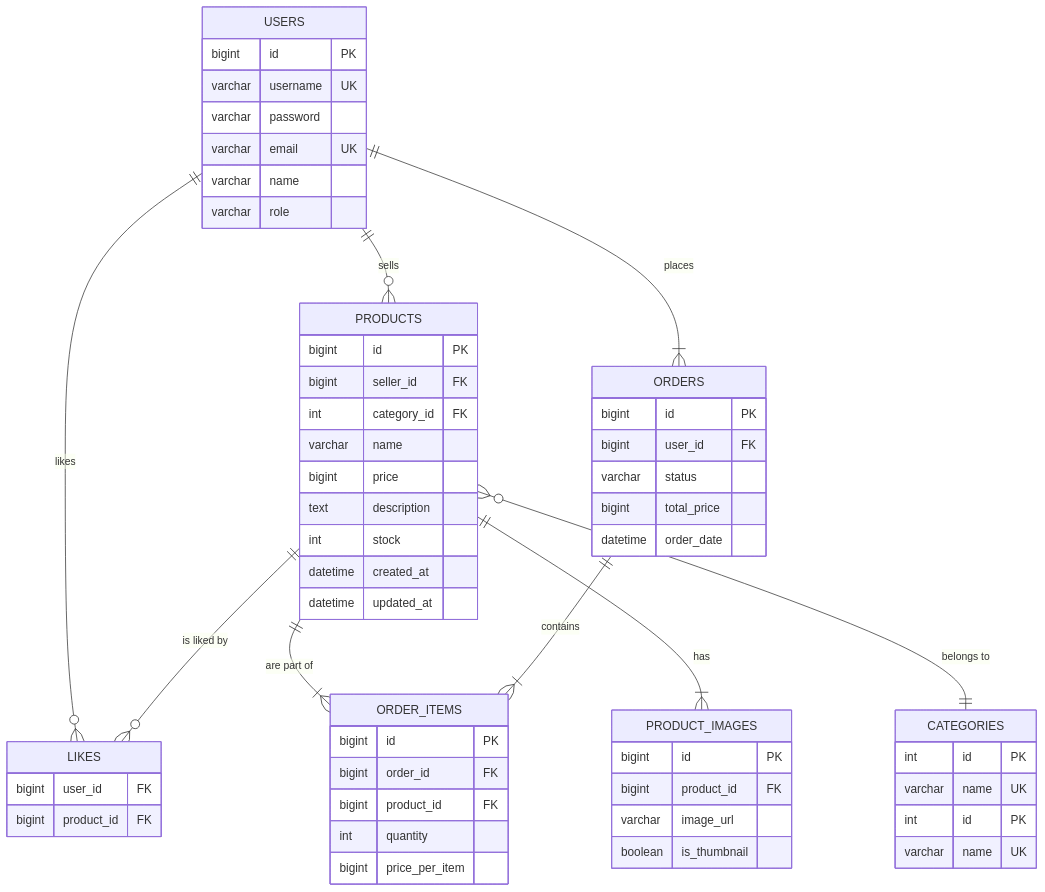
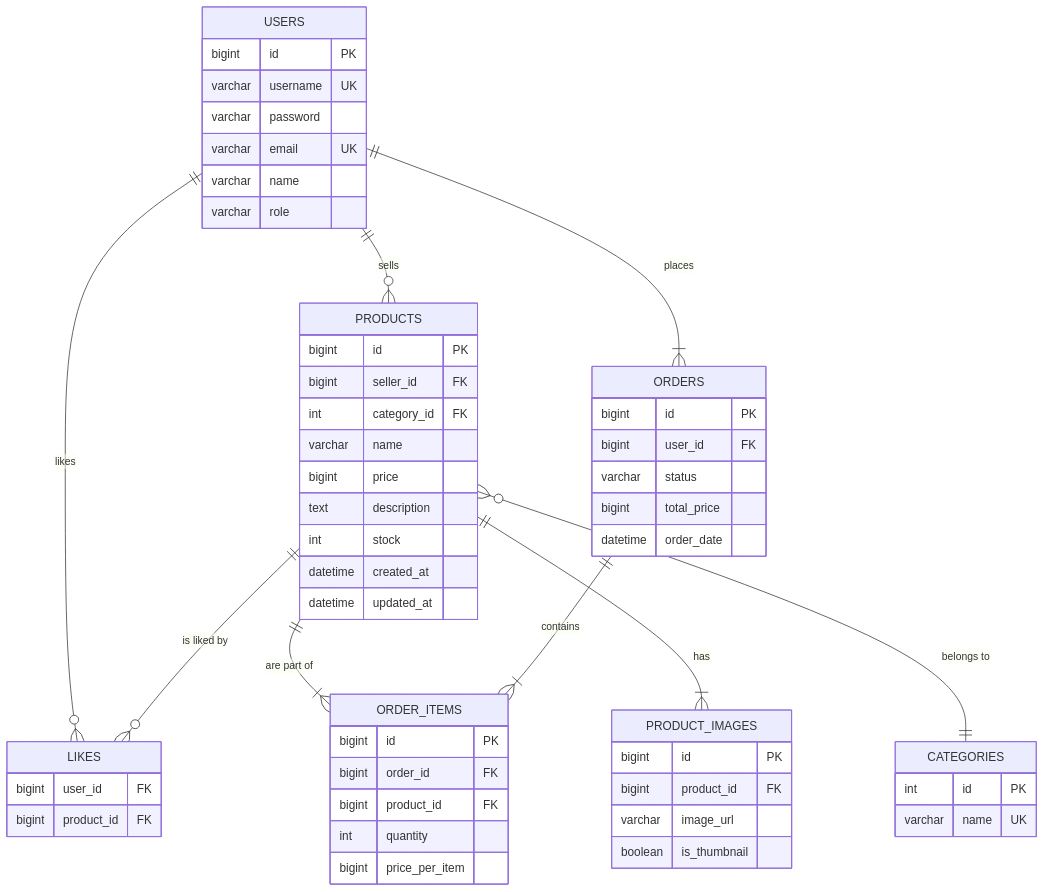
Before and after one commit to JeiYoungByun/coretrader: the diagram in README.md, drawn with Mermaid.

````diff
--- a/README.md
+++ b/README.md
@@ -5,70 +5,66 @@
 ```mermaid
 erDiagram
     USERS ||--o{ PRODUCTS : "sells"
     USERS ||--|{ ORDERS : "places"
     USERS ||--o{ LIKES : "likes"
     PRODUCTS ||--o{ LIKES : "is liked by"
     PRODUCTS ||--|{ ORDER_ITEMS : "are part of"
     PRODUCTS ||--|{ PRODUCT_IMAGES : "has"
-    CATEGORIES {
-        int id PK
-        varchar name UK
-    }
     PRODUCTS }o--|| CATEGORIES : "belongs to"
     ORDERS ||--|{ ORDER_ITEMS : "contains"
 
 
     USERS {
         bigint id PK
         varchar username UK
         varchar password
         varchar email UK
         varchar name
         varchar role
     }
 
     CATEGORIES {
         int id PK
         varchar name UK
     }
 
     PRODUCTS {
         bigint id PK
         bigint seller_id FK
         int category_id FK
         varchar name
         bigint price
         text description
         int stock
         datetime created_at
         datetime updated_at
     }
 
     PRODUCT_IMAGES {
         bigint id PK
         bigint product_id FK
         varchar image_url
         boolean is_thumbnail
     }
 
     ORDERS {
         bigint id PK
         bigint user_id FK
         varchar status
         bigint total_price
         datetime order_date
     }
 
     ORDER_ITEMS {
         bigint id PK
         bigint order_id FK
         bigint product_id FK
         int quantity
         bigint price_per_item
     }
 
     LIKES {
         bigint user_id FK
         bigint product_id FK
     }
 ```
````
